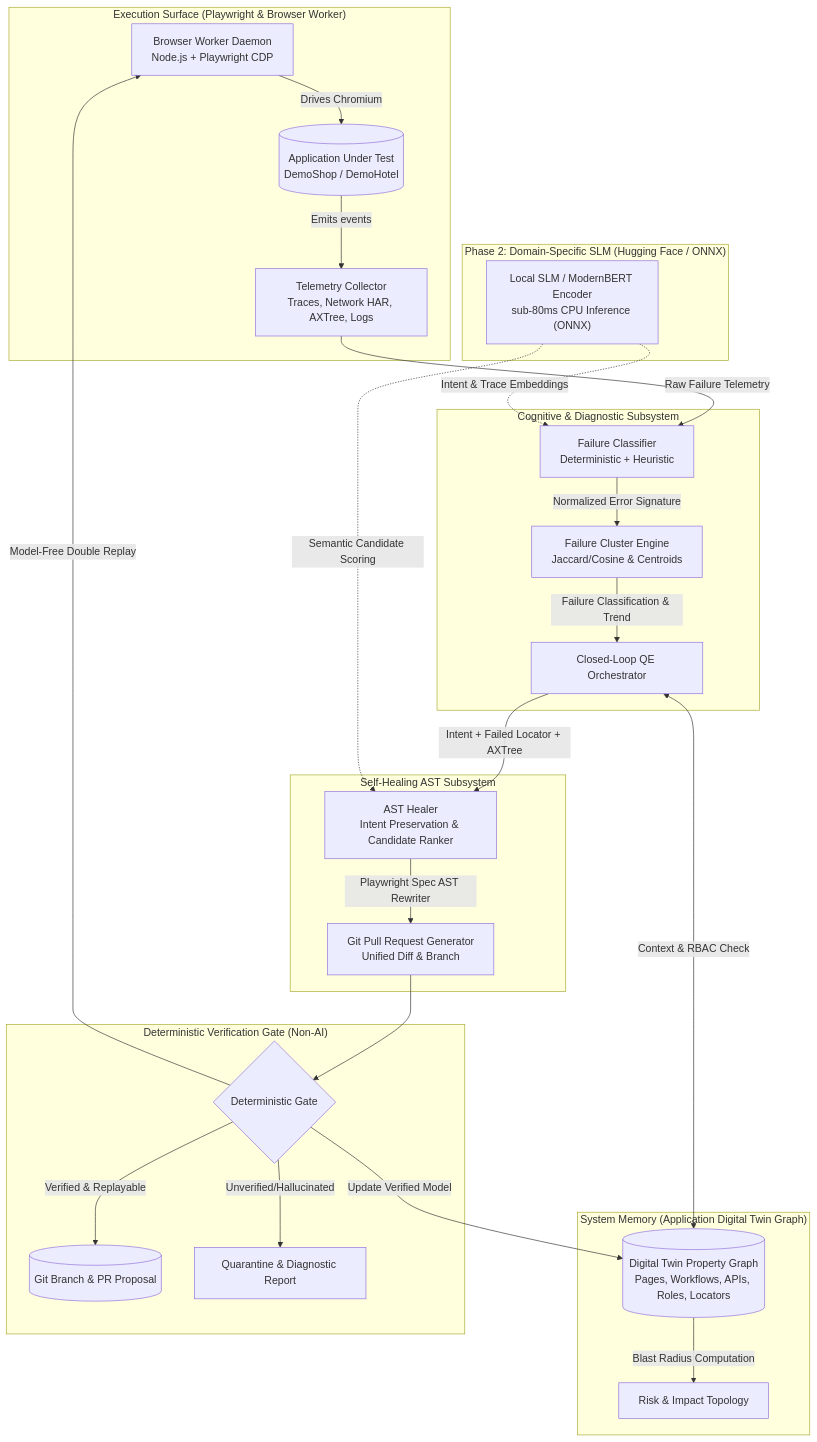
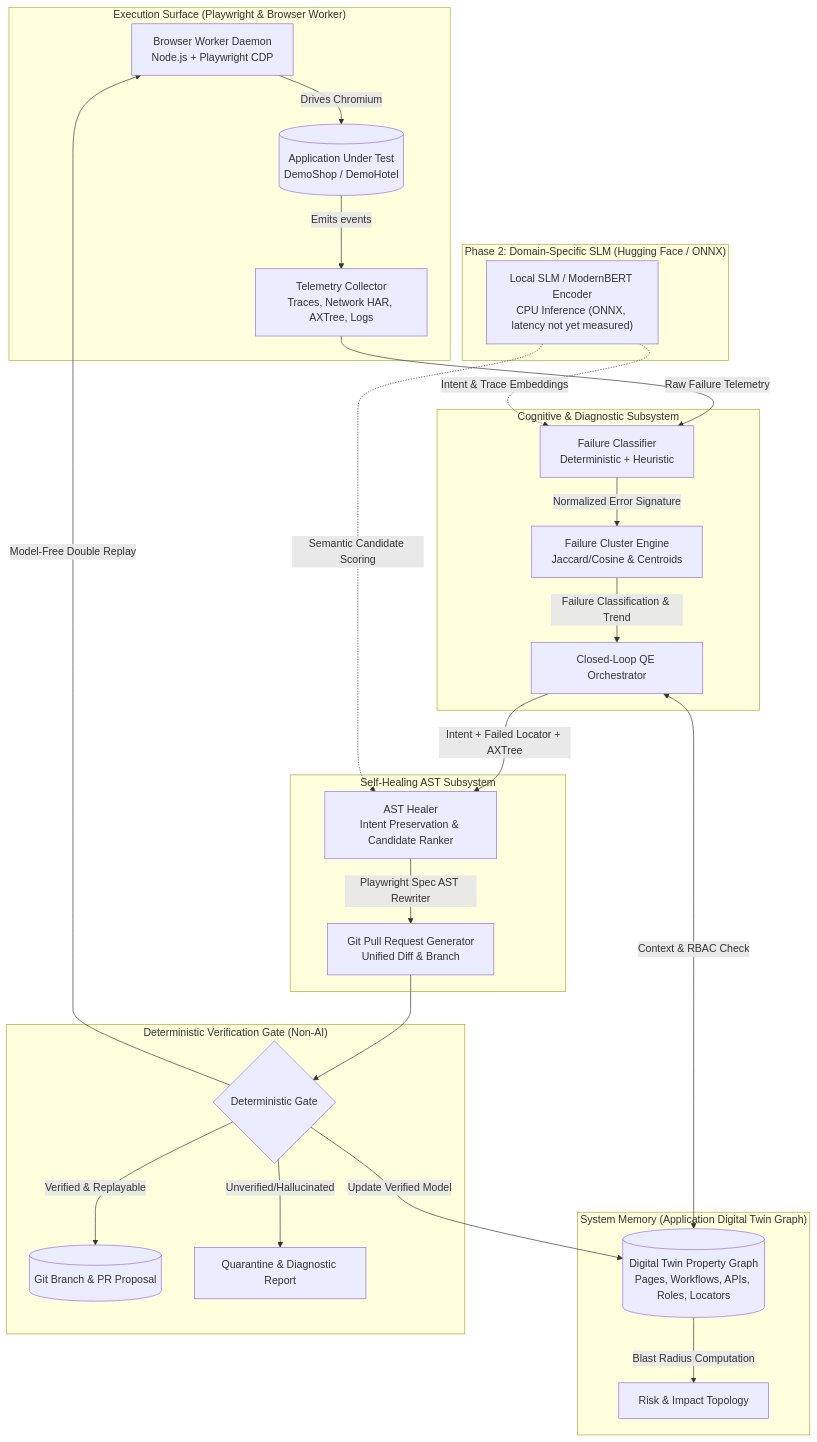
One commit to abul-lab/Autonomous-Bug-Hunter-Playwright changed the diagram in docs/phase1-implementation-and-hf-strategy.md. Above: the diagram before and after it, drawn with Mermaid. The commit also changed other lines of this file and 6 other files, not shown here.

````diff
--- a/docs/phase1-implementation-and-hf-strategy.md
+++ b/docs/phase1-implementation-and-hf-strategy.md
@@ -14,41 +14,41 @@
 ```mermaid
 flowchart TB
     subgraph Execution["Execution Surface (Playwright & Browser Worker)"]
         BW[Browser Worker Daemon<br/>Node.js + Playwright CDP]
         AUT[(Application Under Test<br/>DemoShop / DemoHotel)]
         TR[Telemetry Collector<br/>Traces, Network HAR, AXTree, Logs]
         BW -->|Drives Chromium| AUT
         AUT -->|Emits events| TR
     end
 
     subgraph Intelligence["Cognitive & Diagnostic Subsystem"]
         TR -->|Raw Failure Telemetry| FC[Failure Classifier<br/>Deterministic + Heuristic]
         FC -->|Normalized Error Signature| CE[Failure Cluster Engine<br/>Jaccard/Cosine & Centroids]
         CE -->|Failure Classification & Trend| CLO[Closed-Loop QE Orchestrator]
     end
 
     subgraph Twin["System Memory (Application Digital Twin Graph)"]
         TG[(Digital Twin Property Graph<br/>Pages, Workflows, APIs, Roles, Locators)]
         TG <-->|Context & RBAC Check| CLO
         TG -->|Blast Radius Computation| BR[Risk & Impact Topology]
     end
 
     subgraph Healing["Self-Healing AST Subsystem"]
         CLO -->|Intent + Failed Locator + AXTree| SH[AST Healer<br/>Intent Preservation & Candidate Ranker]
         SH -->|Playwright Spec AST Rewriter| PR[Git Pull Request Generator<br/>Unified Diff & Branch]
     end
 
     subgraph Verifier["Deterministic Verification Gate (Non-AI)"]
         PR --> VG{Deterministic Gate}
         VG -->|Model-Free Double Replay| BW
         VG -->|Verified & Replayable| GIT[(Git Branch & PR Proposal)]
         VG -->|Update Verified Model| TG
         VG -->|Unverified/Hallucinated| REJ[Quarantine & Diagnostic Report]
     end
 
     subgraph ML_Subsystem["Phase 2: Domain-Specific SLM (Hugging Face / ONNX)"]
-        HF_SLM["Local SLM / ModernBERT Encoder<br/>sub-80ms CPU Inference (ONNX)"]
+        HF_SLM["Local SLM / ModernBERT Encoder<br/>CPU Inference (ONNX, latency not yet measured)"]
         HF_SLM -.->|Intent & Trace Embeddings| FC
         HF_SLM -.->|Semantic Candidate Scoring| SH
     end
 ```
````
